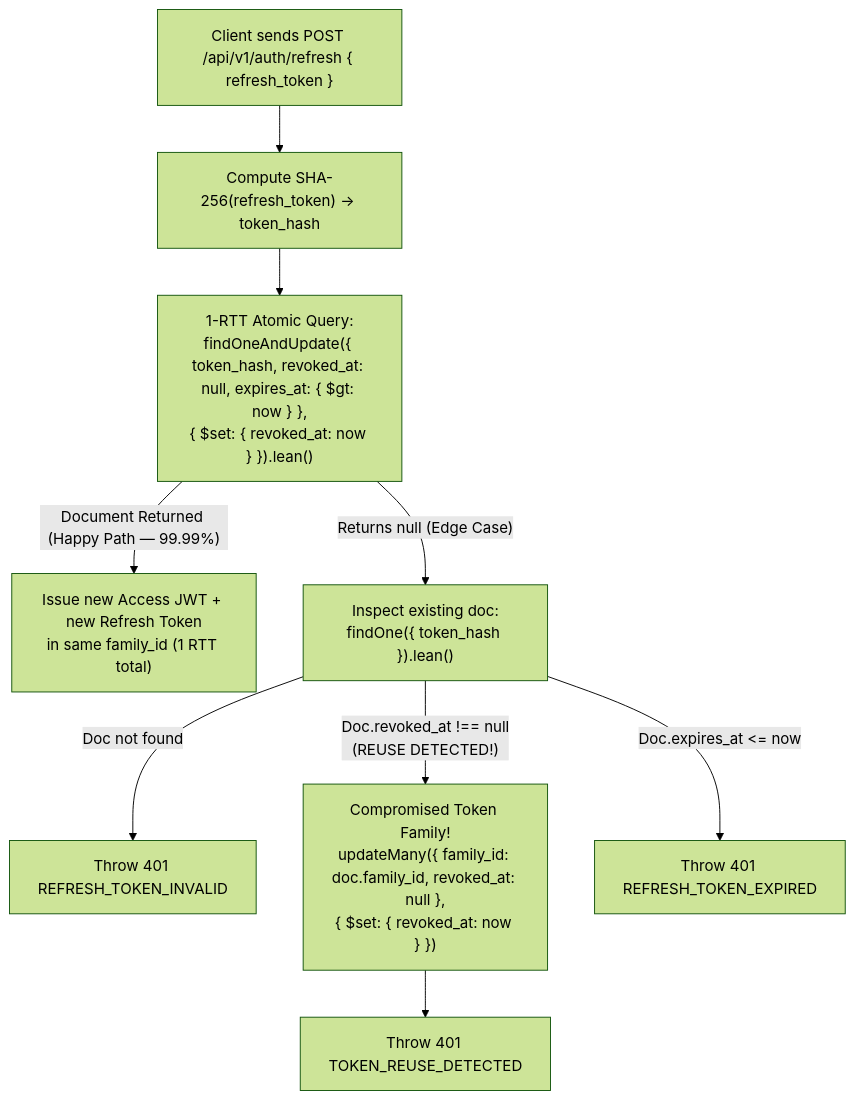
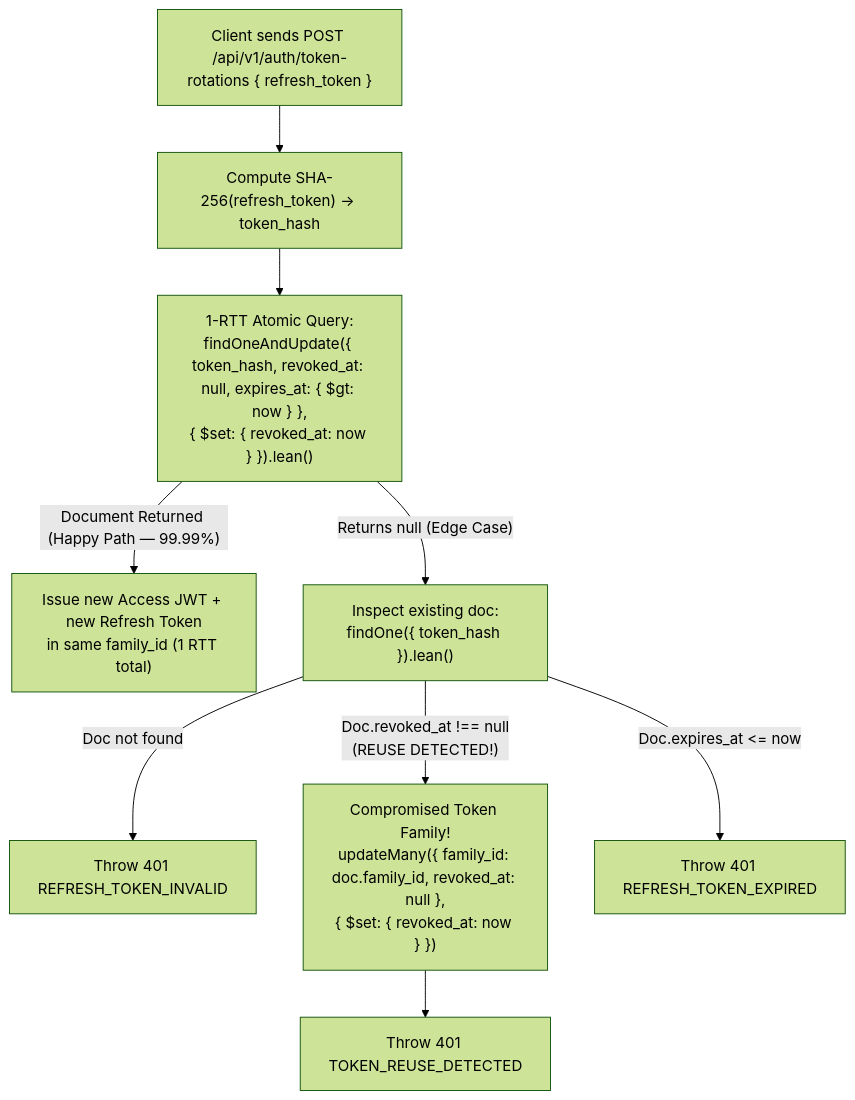
Before and after one commit to QuangManhAI/backend_rag: the diagram in docs/AUTH_AND_SECURITY_ARCHITECTURE.md, drawn with Mermaid (forest theme). The commit also changed other lines of this file and 53 other files, not shown here.

````diff
--- a/docs/AUTH_AND_SECURITY_ARCHITECTURE.md
+++ b/docs/AUTH_AND_SECURITY_ARCHITECTURE.md
@@ -54,11 +54,11 @@
 ```mermaid
 flowchart TD
-    A["Client sends POST /api/v1/auth/refresh { refresh_token }"] --> B["Compute SHA-256(refresh_token) -> token_hash"]
+    A["Client sends POST /api/v1/auth/token-rotations { refresh_token }"] --> B["Compute SHA-256(refresh_token) -> token_hash"]
     B --> C["1-RTT Atomic Query:\nfindOneAndUpdate({ token_hash, revoked_at: null, expires_at: { $gt: now } },\n{ $set: { revoked_at: now } }).lean()"]
     C -->|"Document Returned (Happy Path — 99.99%)"| D["Issue new Access JWT + new Refresh Token\nin same family_id (1 RTT total)"]
     C -->|"Returns null (Edge Case)"| E["Inspect existing doc:\nfindOne({ token_hash }).lean()"]
     E -->|"Doc not found"| F["Throw 401 REFRESH_TOKEN_INVALID"]
     E -->|"Doc.revoked_at !== null\n(REUSE DETECTED!)"| G["Compromised Token Family!\nupdateMany({ family_id: doc.family_id, revoked_at: null },\n{ $set: { revoked_at: now } })"]
     G --> H["Throw 401 TOKEN_REUSE_DETECTED"]
     E -->|"Doc.expires_at <= now"| I["Throw 401 REFRESH_TOKEN_EXPIRED"]
 ```
````
